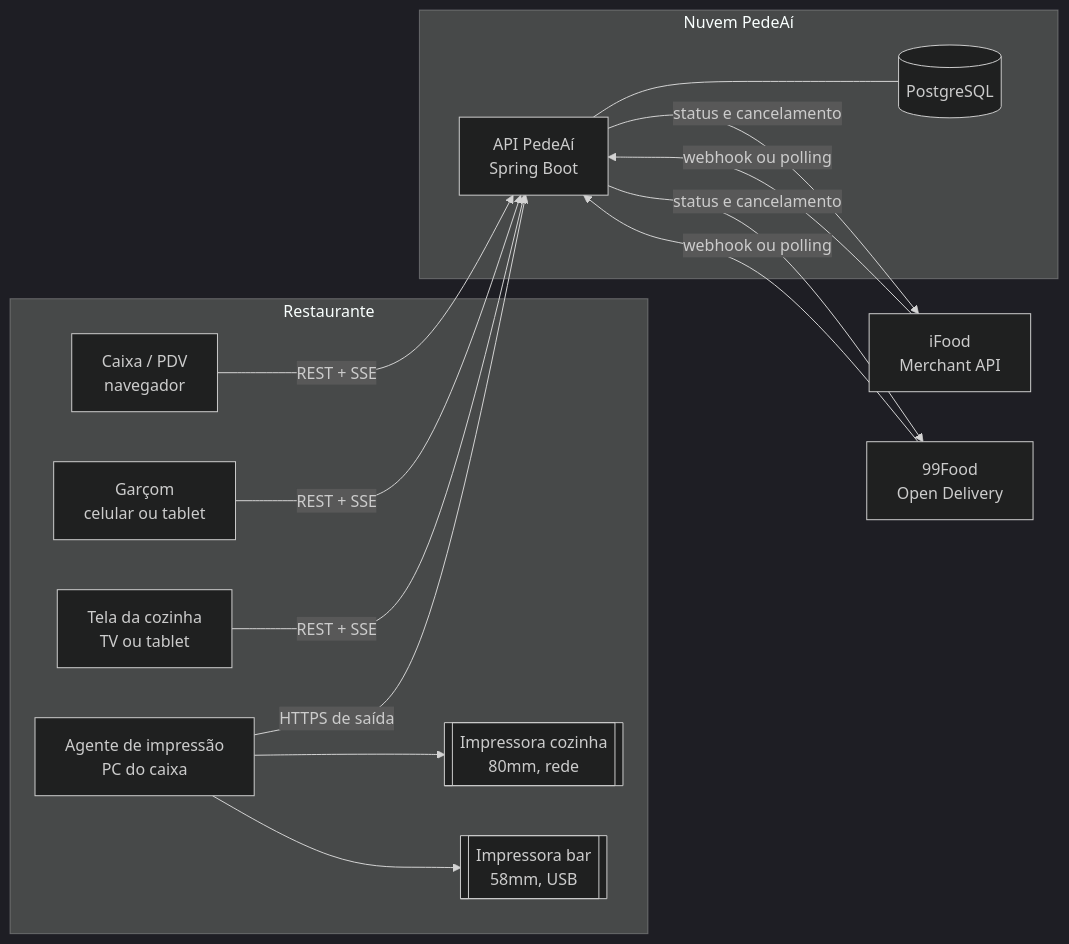
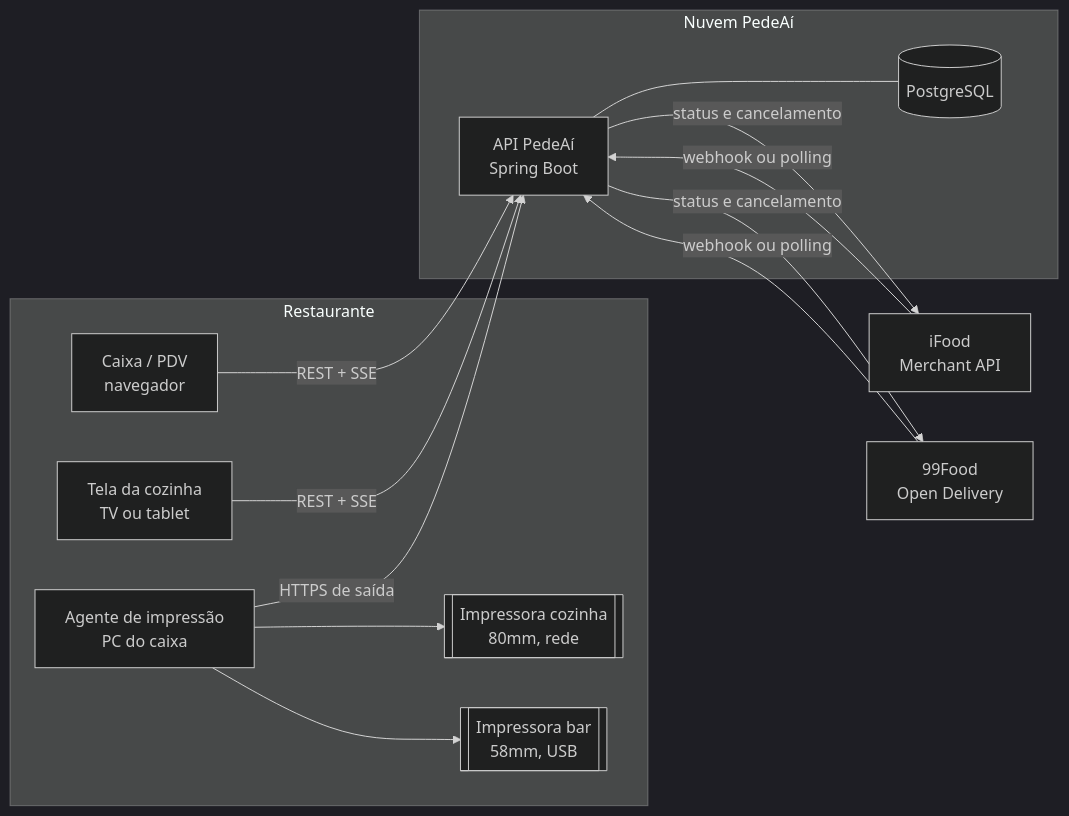
The diagram in README.md (Kawa-Vinicius-Dev/pedeai), drawn with Mermaid (dark theme) before and after one commit. The commit also changed other lines of this file and 4 other files, not shown here.

````diff
--- a/README.md
+++ b/README.md
@@ -89,31 +90,29 @@
 ```mermaid
 flowchart LR
     subgraph REST["Restaurante"]
         PDV["Caixa / PDV<br/>navegador"]
-        GAR["Garçom<br/>celular ou tablet"]
         KDS["Tela da cozinha<br/>TV ou tablet"]
         AG["Agente de impressão<br/>PC do caixa"]
         IMP1[["Impressora cozinha<br/>80mm, rede"]]
         IMP2[["Impressora bar<br/>58mm, USB"]]
     end
 
     subgraph NUVEM["Nuvem PedeAí"]
         API["API PedeAí<br/>Spring Boot"]
         DB[("PostgreSQL")]
     end
 
     IFOOD["iFood<br/>Merchant API"]
     NOVE["99Food<br/>Open Delivery"]
 
     PDV -->|"REST + SSE"| API
-    GAR -->|"REST + SSE"| API
     KDS -->|"REST + SSE"| API
     AG -->|"HTTPS de saída"| API
     AG --> IMP1
     AG --> IMP2
     API --- DB
     IFOOD -->|"webhook ou polling"| API
     API -->|"status e cancelamento"| IFOOD
     NOVE -->|"webhook ou polling"| API
     API -->|"status e cancelamento"| NOVE
 ```
````
